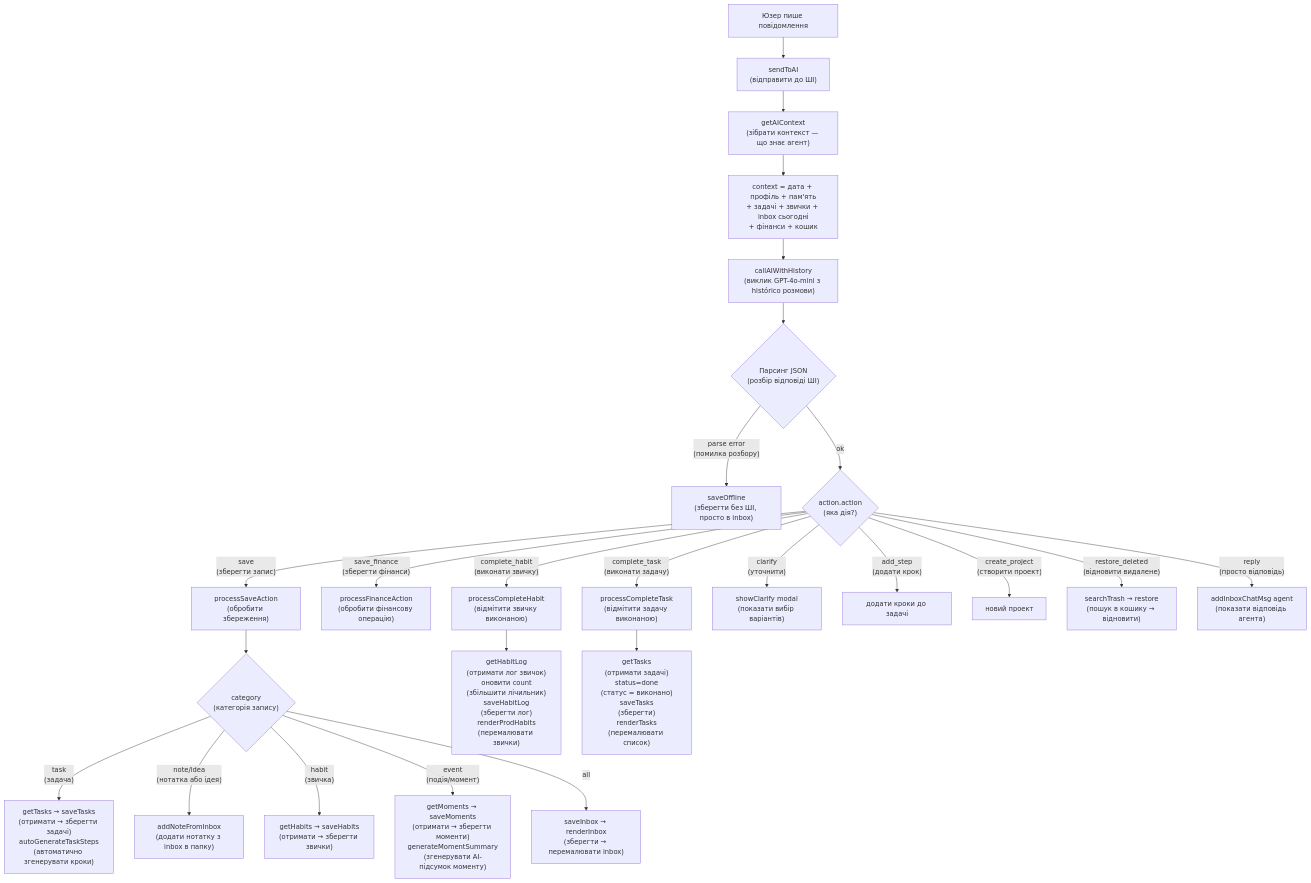
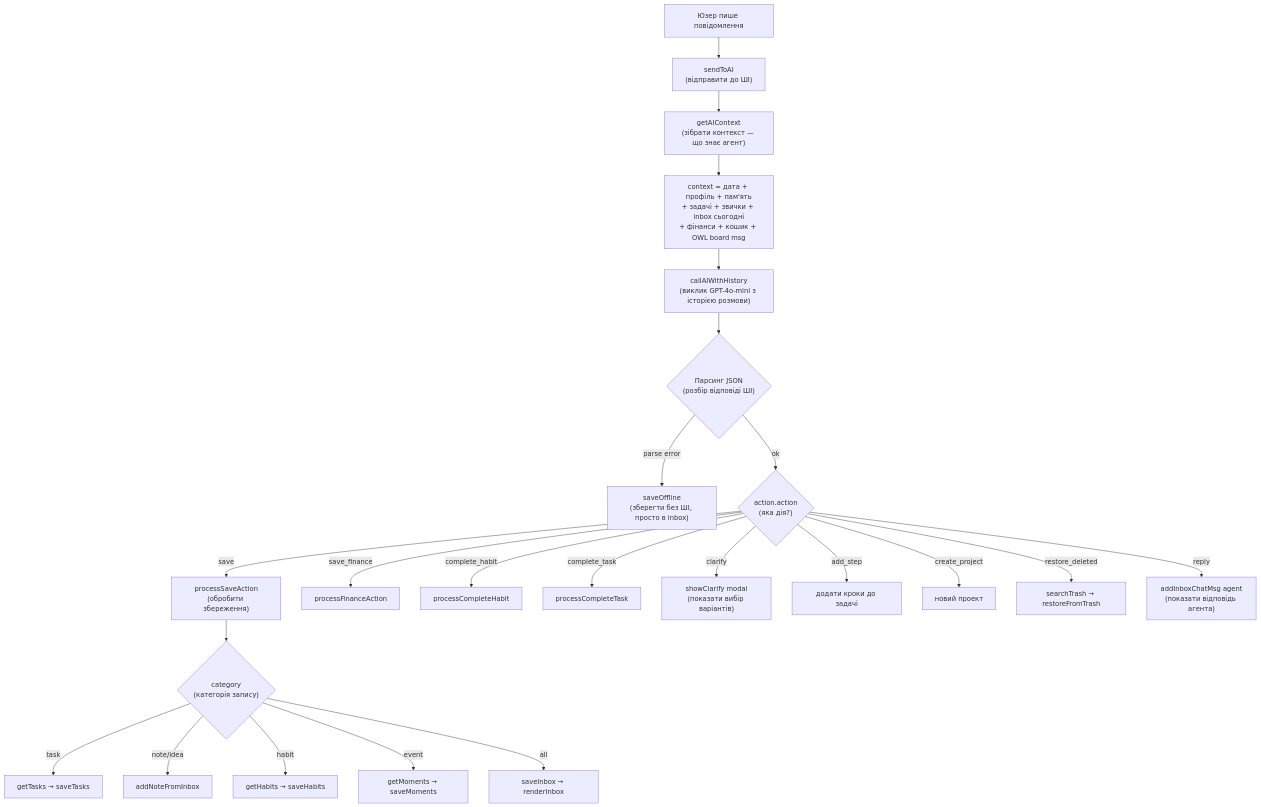
One commit to OWLs68/NeverMind changed the second of 6 diagrams in docs/ARCHITECTURE.md. Above: the diagram before and after it, drawn with Mermaid. The commit also changed other lines of this file and 2 other files, not shown here.

First line of the commit message:
docs: rewrite START_HERE.md + docs/ARCHITECTURE.md for src/ structure

````diff
--- a/docs/ARCHITECTURE.md
+++ b/docs/ARCHITECTURE.md
@@ -75,30 +99,27 @@
 ```mermaid
 flowchart TD
-    A[Юзер пише повідомлення] --> B["sendToAI\n(відправити до ШІ)"]
-    B --> C["getAIContext\n(зібрати контекст — що знає агент)"]
-    C --> D["context = дата + профіль + пам'ять\n+ задачі + звички + inbox сьогодні\n+ фінанси + кошик"]
-    D --> E["callAIWithHistory\n(виклик GPT-4o-mini з histórico розмови)"]
-    E --> F{"Парсинг JSON\n(розбір відповіді ШІ)"}
-    F -->|"parse error\n(помилка розбору)"| G["saveOffline\n(зберегти без ШІ, просто в inbox)"]
-    F -->|ok| H{"action.action\n(яка дія?)"}
+    A[Юзер пише повідомлення] --> B["sendToAI<br/>(відправити до ШІ)"]
+    B --> C["getAIContext<br/>(зібрати контекст — що знає агент)"]
+    C --> D["context = дата + профіль + пам'ять<br/>+ задачі + звички + inbox сьогодні<br/>+ фінанси + кошик + OWL board msg"]
+    D --> E["callAIWithHistory<br/>(виклик GPT-4o-mini з історією розмови)"]
+    E --> F{"Парсинг JSON<br/>(розбір відповіді ШІ)"}
+    F -->|"parse error"| G["saveOffline<br/>(зберегти без ШІ, просто в inbox)"]
+    F -->|ok| H{"action.action<br/>(яка дія?)"}
 
-    H -->|"save\n(зберегти запис)"| I["processSaveAction\n(обробити збереження)"]
-    H -->|"save_finance\n(зберегти фінанси)"| J["processFinanceAction\n(обробити фінансову операцію)"]
-    H -->|"complete_habit\n(виконати звичку)"| K["processCompleteHabit\n(відмітити звичку виконаною)"]
-    H -->|"complete_task\n(виконати задачу)"| L["processCompleteTask\n(відмітити задачу виконаною)"]
-    H -->|"clarify\n(уточнити)"| M["showClarify modal\n(показати вибір варіантів)"]
-    H -->|"add_step\n(додати крок)"| N["додати кроки до задачі"]
-    H -->|"create_project\n(створити проект)"| O["новий проект"]
-    H -->|"restore_deleted\n(відновити видалене)"| P["searchTrash → restore\n(пошук в кошику → відновити)"]
-    H -->|"reply\n(просто відповідь)"| Q["addInboxChatMsg agent\n(показати відповідь агента)"]
+    H -->|"save"| I["processSaveAction<br/>(обробити збереження)"]
+    H -->|"save_finance"| J["processFinanceAction"]
+    H -->|"complete_habit"| K["processCompleteHabit"]
+    H -->|"complete_task"| L["processCompleteTask"]
+    H -->|"clarify"| M["showClarify modal<br/>(показати вибір варіантів)"]
+    H -->|"add_step"| N["додати кроки до задачі"]
+    H -->|"create_project"| O["новий проект"]
+    H -->|"restore_deleted"| P["searchTrash → restoreFromTrash"]
+    H -->|"reply"| Q["addInboxChatMsg agent<br/>(показати відповідь агента)"]
 
-    I --> I1{"category\n(категорія запису)"}
-    I1 -->|"task\n(задача)"| I2["getTasks → saveTasks\n(отримати → зберегти задачі)\nautoGenerateTaskSteps\n(автоматично згенерувати кроки)"]
-    I1 -->|"note/idea\n(нотатка або ідея)"| I3["addNoteFromInbox\n(додати нотатку з inbox в папку)"]
-    I1 -->|"habit\n(звичка)"| I4["getHabits → saveHabits\n(отримати → зберегти звички)"]
-    I1 -->|"event\n(подія/момент)"| I5["getMoments → saveMoments\n(отримати → зберегти моменти)\ngenerateMomentSummary\n(згенерувати AI-підсумок моменту)"]
-    I1 -->|all| I6["saveInbox → renderInbox\n(зберегти → перемалювати inbox)"]
-
-    K --> K1["getHabitLog\n(отримати лог звичок)\nоновити count\n(збільшити лічильник)\nsaveHabitLog\n(зберегти лог)\nrenderProdHabits\n(перемалювати звички)"]
-    L --> L1["getTasks\n(отримати задачі)\nstatus=done\n(статус = виконано)\nsaveTasks\n(зберегти)\nrenderTasks\n(перемалювати список)"]
+    I --> I1{"category<br/>(категорія запису)"}
+    I1 -->|"task"| I2["getTasks → saveTasks"]
+    I1 -->|"note/idea"| I3["addNoteFromInbox"]
+    I1 -->|"habit"| I4["getHabits → saveHabits"]
+    I1 -->|"event"| I5["getMoments → saveMoments"]
+    I1 -->|all| I6["saveInbox → renderInbox"]
 ```
````
